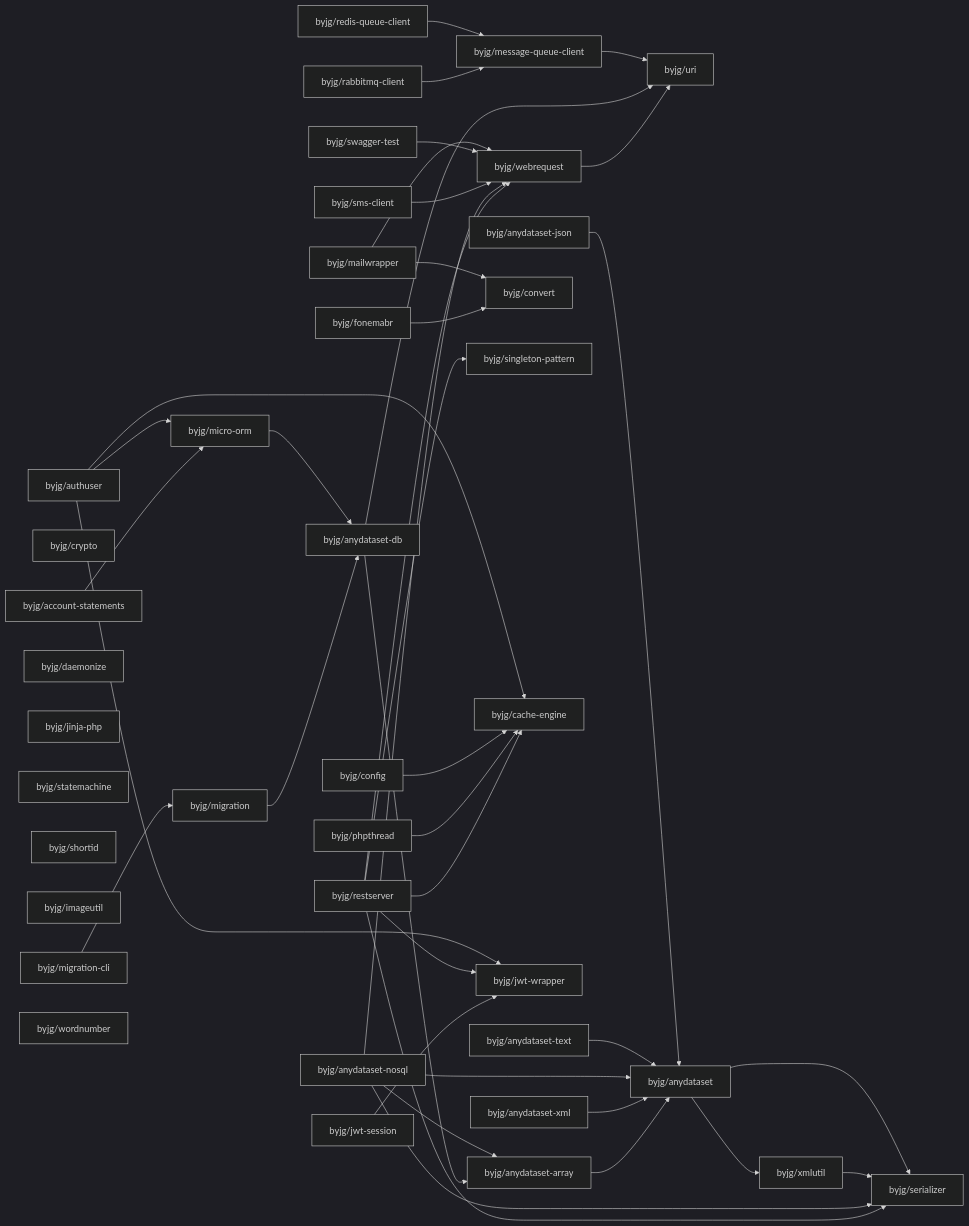
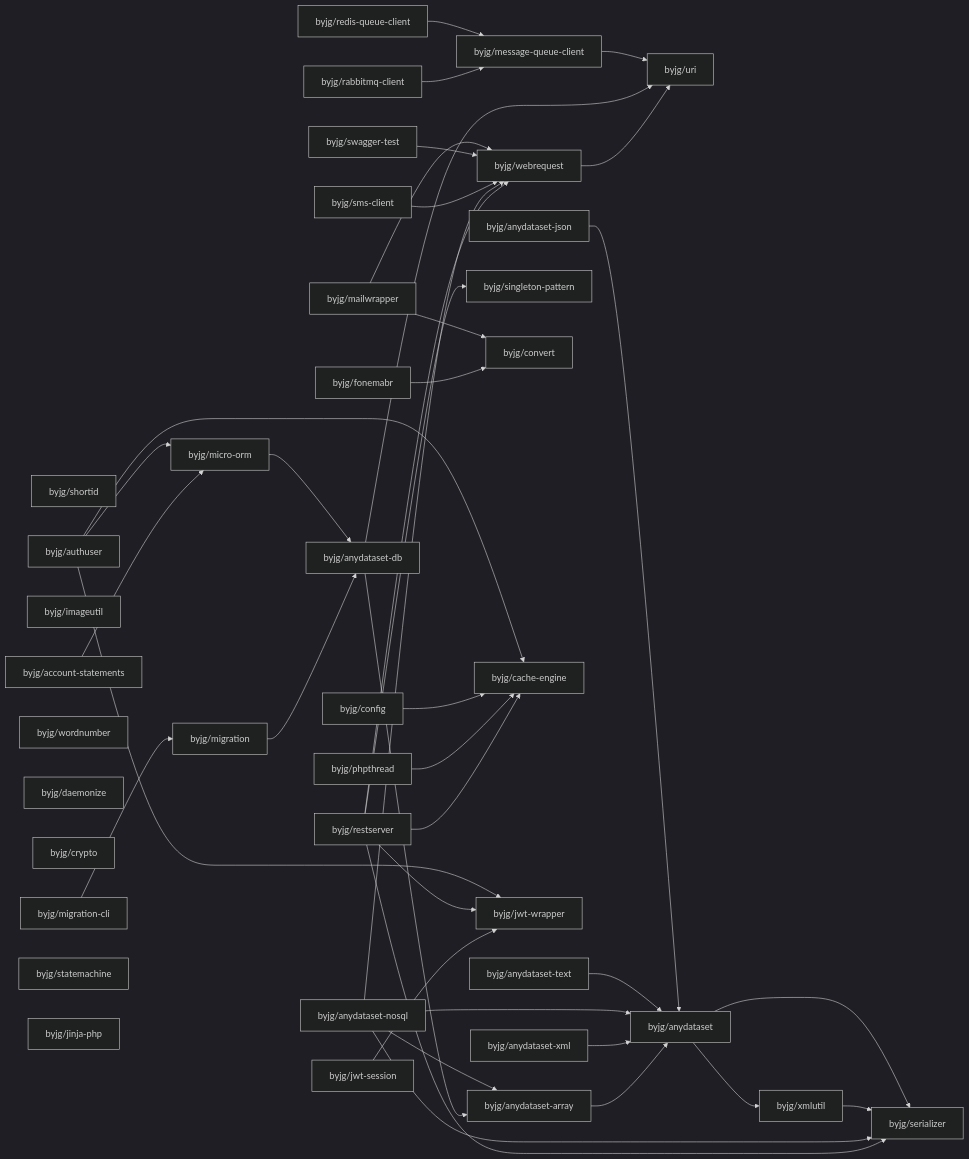
One commit to byjg/byjg.github.io changed the diagram in docs/php/README.md. Above: the diagram before and after it, drawn with Mermaid (dark theme). The commit also changed other lines of this file, not shown here.

Commit message:
Update documentation 'php' 'php-migration'

````diff
--- a/docs/php/README.md
+++ b/docs/php/README.md
@@ -3,78 +3,78 @@
 ```mermaid
 graph LR;
-  byjg/anydataset-xml;
-  byjg/authuser;
-  byjg/crypto;
-  byjg/config;
   byjg/phpthread;
+  byjg/rabbitmq-client;
+  byjg/shortid;
   byjg/swagger-test;
   byjg/account-statements;
-  byjg/daemonize;
-  byjg/jinja-php;
-  byjg/statemachine;
-  byjg/rabbitmq-client;
-  byjg/mailwrapper;
-  byjg/redis-queue-client;
-  byjg/sms-client;
-  byjg/anydataset-json;
-  byjg/shortid;
-  byjg/jwt-session;
+  byjg/config;
   byjg/imageutil;
   byjg/anydataset-text;
   byjg/migration-cli;
+  byjg/anydataset-json;
   byjg/wordnumber;
+  byjg/daemonize;
+  byjg/redis-queue-client;
+  byjg/crypto;
   byjg/fonemabr;
   byjg/restserver;
   byjg/anydataset-nosql;
+  byjg/mailwrapper;
+  byjg/authuser;
+  byjg/anydataset-xml;
+  byjg/statemachine;
+  byjg/jwt-session;
+  byjg/sms-client;
+  byjg/jinja-php;
+  byjg/migration;
+  byjg/message-queue-client;
+  byjg/singleton-pattern;
+  byjg/convert;
   byjg/micro-orm;
-  byjg/message-queue-client;
-  byjg/migration;
-  byjg/convert;
-  byjg/singleton-pattern;
   byjg/cache-engine;
   byjg/jwt-wrapper;
   byjg/webrequest;
   byjg/anydataset-db;
   byjg/anydataset-array;
   byjg/uri;
   byjg/anydataset;
   byjg/xmlutil;
   byjg/serializer;
   byjg/account-statements --> byjg/micro-orm;
   byjg/fonemabr --> byjg/convert;
   byjg/webrequest --> byjg/uri;
   byjg/anydataset-array --> byjg/anydataset;
   byjg/anydataset-xml --> byjg/anydataset;
   byjg/rabbitmq-client --> byjg/message-queue-client;
   byjg/redis-queue-client --> byjg/message-queue-client;
   byjg/jwt-session --> byjg/jwt-wrapper;
   byjg/anydataset-db --> byjg/anydataset-array;
   byjg/anydataset-db --> byjg/uri;
   byjg/restserver --> byjg/serializer;
   byjg/restserver --> byjg/singleton-pattern;
   byjg/restserver --> byjg/cache-engine;
   byjg/restserver --> byjg/webrequest;
   byjg/restserver --> byjg/jwt-wrapper;
   byjg/migration --> byjg/anydataset-db;
   byjg/anydataset-nosql --> byjg/anydataset;
   byjg/anydataset-nosql --> byjg/anydataset-array;
   byjg/anydataset-nosql --> byjg/serializer;
   byjg/anydataset-nosql --> byjg/webrequest;
   byjg/phpthread --> byjg/cache-engine;
   byjg/sms-client --> byjg/webrequest;
   byjg/swagger-test --> byjg/webrequest;
   byjg/migration-cli --> byjg/migration;
   byjg/config --> byjg/cache-engine;
   byjg/anydataset-text --> byjg/anydataset;
   byjg/micro-orm --> byjg/anydataset-db;
   byjg/authuser --> byjg/micro-orm;
   byjg/authuser --> byjg/cache-engine;
   byjg/authuser --> byjg/jwt-wrapper;
   byjg/anydataset-json --> byjg/anydataset;
   byjg/mailwrapper --> byjg/convert;
   byjg/mailwrapper --> byjg/webrequest;
   byjg/xmlutil --> byjg/serializer;
   byjg/anydataset --> byjg/serializer;
   byjg/anydataset --> byjg/xmlutil;
   byjg/message-queue-client --> byjg/uri;
 ```
````
